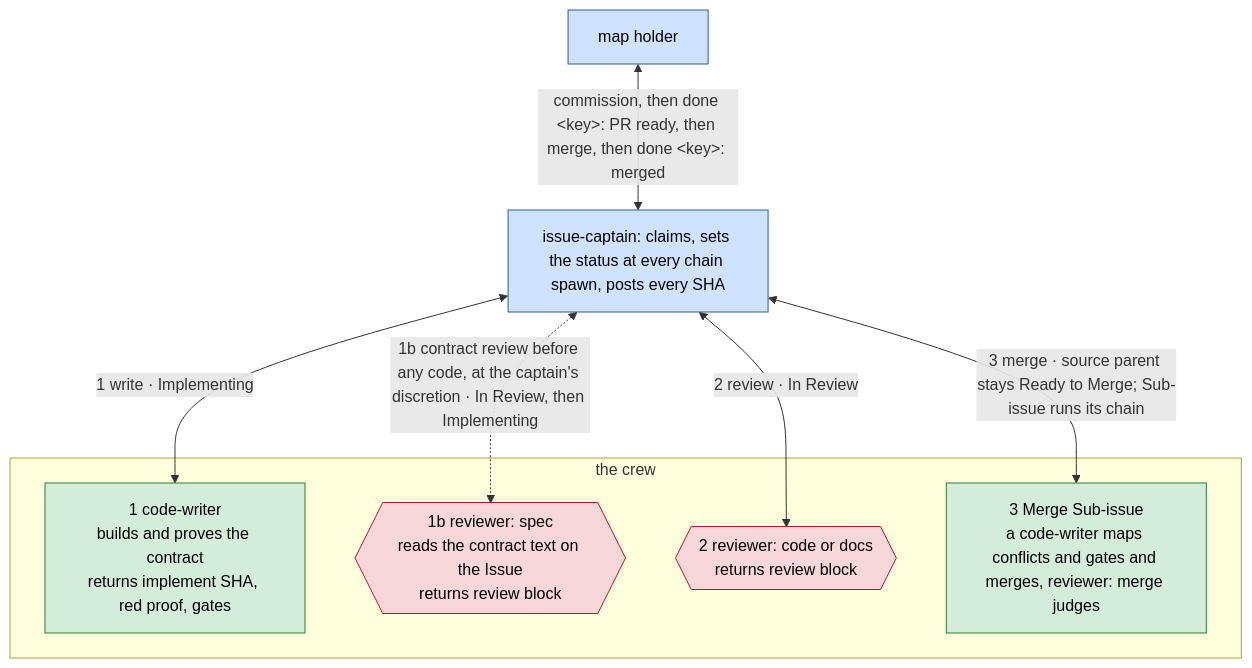
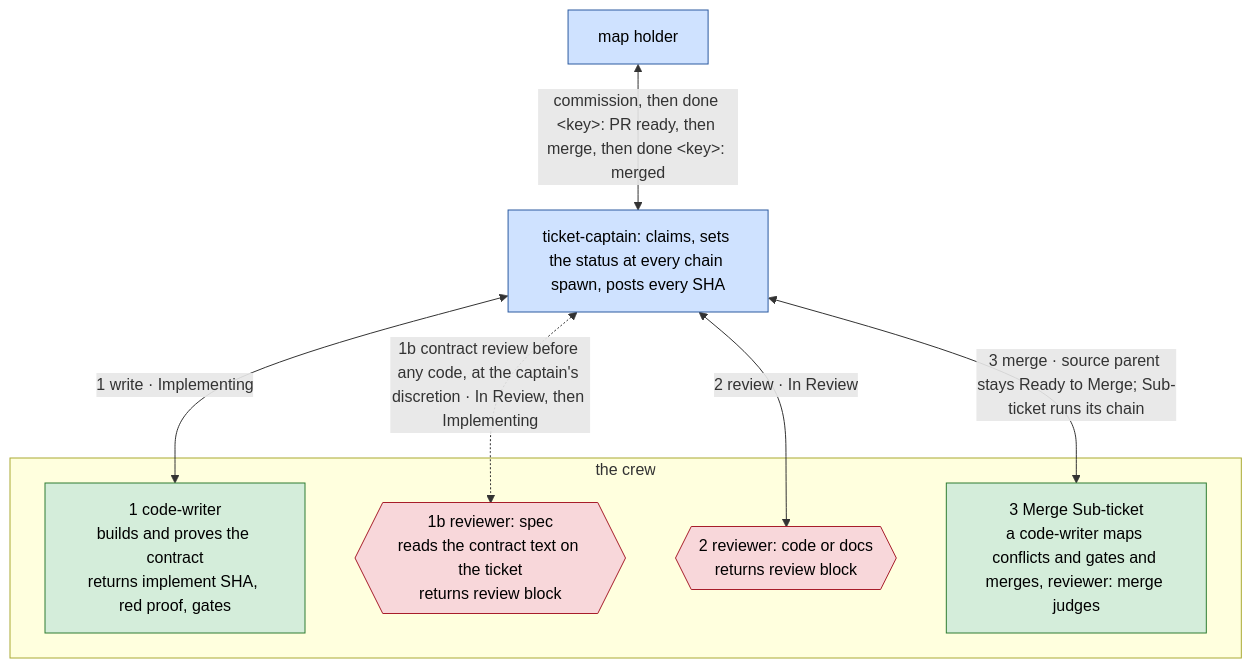
Before and after one commit to bodnarbalazs/dydo: the second of 2 diagrams in README.md, drawn with Mermaid. The commit also changed other lines of this file and 12 other files, not shown here.

````diff
--- a/README.md
+++ b/README.md
@@ -110,18 +110,18 @@
 ```mermaid
 flowchart TD
   classDef officer fill:#cfe2ff,stroke:#2c5aa0,color:#000
   classDef crew fill:#d4edda,stroke:#2e7d32,color:#000
   classDef reviewer fill:#f8d7da,stroke:#a71d2a,color:#000
 
-  AD[map holder]:::officer <-->|"commission, then done &lt;key&gt;: PR ready, then merge, then done &lt;key&gt;: merged"| IC[issue-captain: claims, sets the status at every chain spawn, posts every SHA]:::officer
+  AD[map holder]:::officer <-->|"commission, then done &lt;key&gt;: PR ready, then merge, then done &lt;key&gt;: merged"| IC[ticket-captain: claims, sets the status at every chain spawn, posts every SHA]:::officer
   IC <-->|"1 write · Implementing"| CW
   IC <-.->|"1b contract review before any code, at the captain's discretion · In Review, then Implementing"| RS
   IC <-->|"2 review · In Review"| RC
-  IC <-->|"3 merge · source parent stays Ready to Merge; Sub-issue runs its chain"| MG
+  IC <-->|"3 merge · source parent stays Ready to Merge; Sub-ticket runs its chain"| MG
   subgraph CREW [the crew]
     CW[1 code-writer<br>builds and proves the contract<br>returns implement SHA, red proof, gates]:::crew
-    RS{{1b reviewer: spec<br>reads the contract text on the Issue<br>returns review block}}:::reviewer
+    RS{{1b reviewer: spec<br>reads the contract text on the ticket<br>returns review block}}:::reviewer
     RC{{2 reviewer: code or docs<br>returns review block}}:::reviewer
-    MG[3 Merge Sub-issue<br>a code-writer maps conflicts and gates and merges, reviewer: merge judges]:::crew
+    MG[3 Merge Sub-ticket<br>a code-writer maps conflicts and gates and merges, reviewer: merge judges]:::crew
   end
 ```
````
